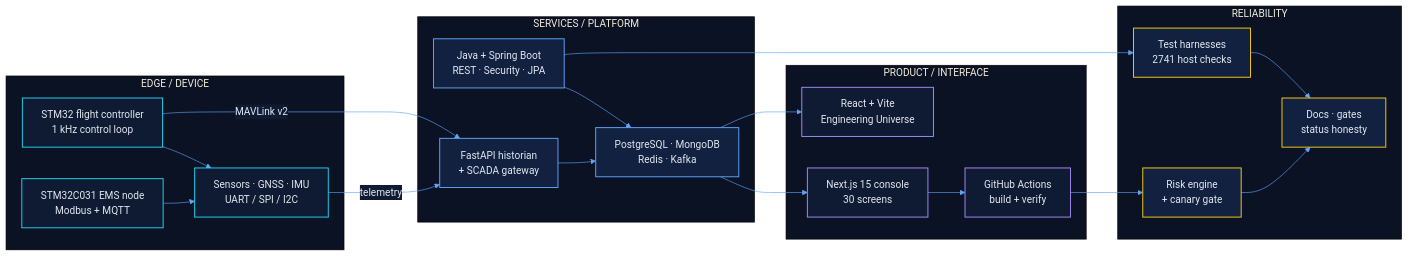
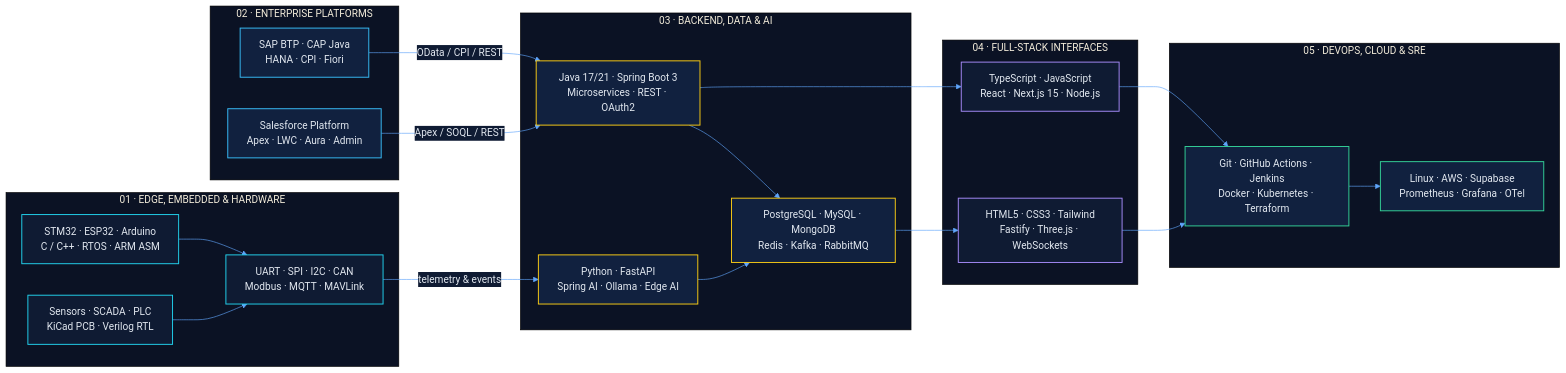
The diagram in README.md (Madanpatel21/Madanpatel21), drawn with Mermaid before and after one commit. The commit also changed other lines of this file, not shown here.

````diff
--- a/README.md
+++ b/README.md
@@ -459,50 +582,54 @@
 ```mermaid
 %%{init: {"theme":"base","themeVariables":{"background":"#0B1224","primaryColor":"#11213F","primaryTextColor":"#E2E8F0","primaryBorderColor":"#22D3EE","lineColor":"#60A5FA","secondaryColor":"#0F1B33","tertiaryColor":"#0B1224","fontFamily":"monospace"}}}%%
 flowchart LR
-    subgraph EDGE["EDGE / DEVICE"]
-        A1["STM32 flight controller<br/>1 kHz control loop"]
-        A2["STM32C031 EMS node<br/>Modbus + MQTT"]
-        A3["Sensors · GNSS · IMU<br/>UART / SPI / I2C"]
+    subgraph EDGE["01 · EDGE, EMBEDDED & HARDWARE"]
+        E1["STM32 · ESP32 · Arduino<br/>C / C++ · RTOS · ARM ASM"]
+        E2["UART · SPI · I2C · CAN<br/>Modbus · MQTT · MAVLink"]
+        E3["Sensors · SCADA · PLC<br/>KiCad PCB · Verilog RTL"]
     end
 
-    subgraph CORE["SERVICES / PLATFORM"]
-        B1["Java + Spring Boot<br/>REST · Security · JPA"]
-        B2["PostgreSQL · MongoDB<br/>Redis · Kafka"]
-        B3["FastAPI historian<br/>+ SCADA gateway"]
+    subgraph ENT["02 · ENTERPRISE PLATFORMS"]
+        P1["SAP BTP · CAP Java<br/>HANA · CPI · Fiori"]
+        P2["Salesforce Platform<br/>Apex · LWC · Aura · Admin"]
     end
 
-    subgraph FACE["PRODUCT / INTERFACE"]
-        C1["Next.js 15 console<br/>30 screens"]
-        C2["React + Vite<br/>Engineering Universe"]
-        C3["GitHub Actions<br/>build + verify"]
+    subgraph CORE["03 · BACKEND, DATA & AI"]
+        B1["Java 17/21 · Spring Boot 3<br/>Microservices · REST · OAuth2"]
+        B2["PostgreSQL · MySQL · MongoDB<br/>Redis · Kafka · RabbitMQ"]
+        B3["Python · FastAPI<br/>Spring AI · Ollama · Edge AI"]
     end
 
-    subgraph TRUST["RELIABILITY"]
-        D1["Risk engine<br/>+ canary gate"]
-        D2["Test harnesses<br/>2741 host checks"]
-        D3["Docs · gates<br/>status honesty"]
+    subgraph WEB["04 · FULL-STACK INTERFACES"]
+        W1["TypeScript · JavaScript<br/>React · Next.js 15 · Node.js"]
+        W2["HTML5 · CSS3 · Tailwind<br/>Fastify · Three.js · WebSockets"]
     end
 
-    A1 --> A3
-    A2 --> A3
-    A3 -->|"telemetry"| B3
-    A1 -->|"MAVLink v2"| B3
+    subgraph OPS["05 · DEVOPS, CLOUD & SRE"]
+        O1["Git · GitHub Actions · Jenkins<br/>Docker · Kubernetes · Terraform"]
+        O2["Linux · AWS · Supabase<br/>Prometheus · Grafana · OTel"]
+    end
+
+    E1 --> E2
+    E3 --> E2
+    E2 -->|"telemetry & events"| B3
     B3 --> B2
     B1 --> B2
-    B2 --> C1
-    B2 --> C2
-    C1 --> C3
-    C3 --> D1
-    B1 --> D2
-    D1 --> D3
-    D2 --> D3
+    P1 -->|"OData / CPI / REST"| B1
+    P2 -->|"Apex / SOQL / REST"| B1
+    B1 --> W1
+    B2 --> W2
+    W1 --> O1
+    W2 --> O1
+    O1 --> O2
 
     classDef edge fill:#0F1B33,stroke:#22D3EE,stroke-width:1.5px,color:#E2E8F0;
-    classDef core fill:#11213F,stroke:#60A5FA,stroke-width:1.5px,color:#E2E8F0;
-    classDef face fill:#0F1B33,stroke:#A78BFA,stroke-width:1.5px,color:#E2E8F0;
-    classDef trust fill:#11213F,stroke:#FACC15,stroke-width:1.5px,color:#E2E8F0;
-    class A1,A2,A3 edge;
+    classDef ent fill:#11213F,stroke:#38BDF8,stroke-width:1.5px,color:#E2E8F0;
+    classDef core fill:#11213F,stroke:#FACC15,stroke-width:1.5px,color:#E2E8F0;
+    classDef web fill:#0F1B33,stroke:#A78BFA,stroke-width:1.5px,color:#E2E8F0;
+    classDef ops fill:#11213F,stroke:#34D399,stroke-width:1.5px,color:#E2E8F0;
+    class E1,E2,E3 edge;
+    class P1,P2 ent;
     class B1,B2,B3 core;
-    class C1,C2,C3 face;
-    class D1,D2,D3 trust;
+    class W1,W2 web;
+    class O1,O2 ops;
 ```
````
